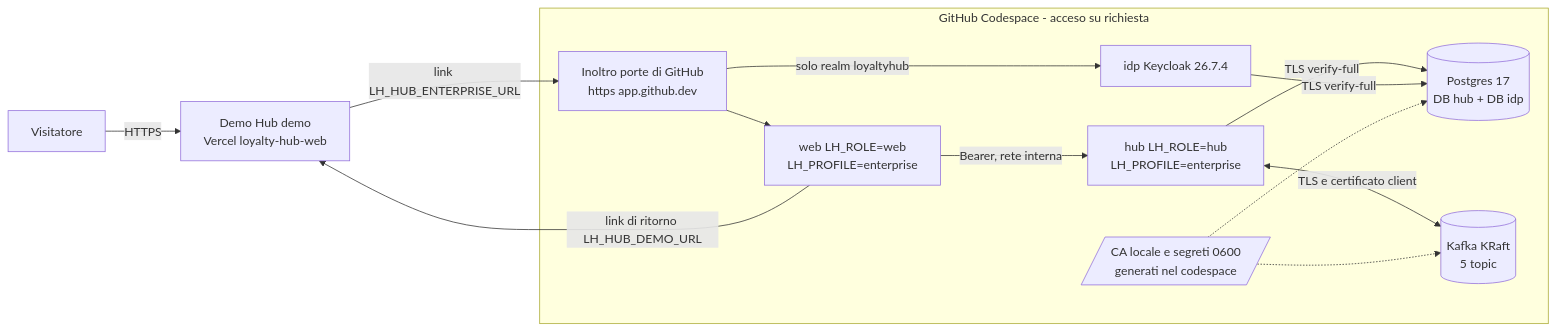
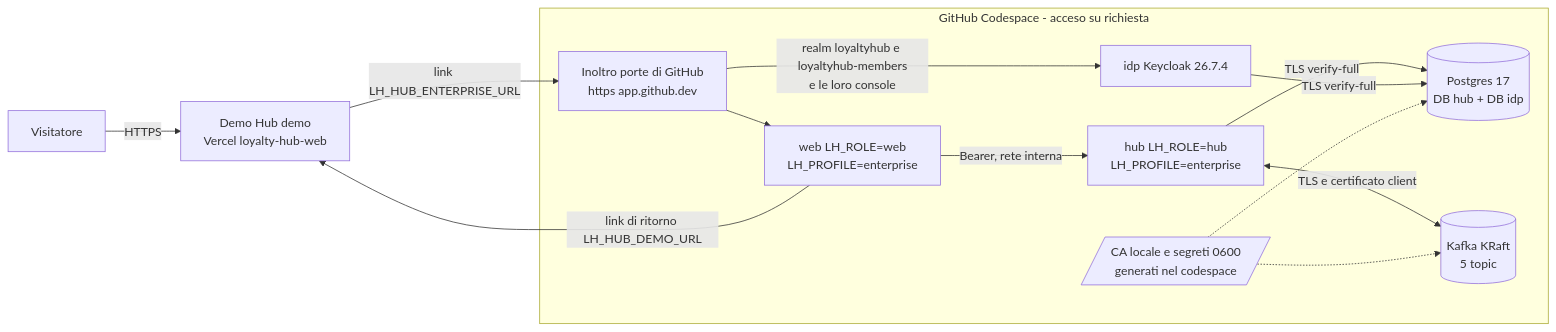
The first of 8 diagrams in concetti/vetrina-enterprise.mdx (peppe-ruv/Loyalty_Sys), drawn with Mermaid before and after one commit. The commit also changed other lines of this file and 53 other files, not shown here.

First line of the commit message:
feat(web): vetrina tutta dal browser [HUB-01, HUB-02, F2-DIST-09, ADR-051, Q-670, Q-673, Q-674, docs/18 M8.14 V9] (#210)

````diff
--- a/concetti/vetrina-enterprise.mdx
+++ b/concetti/vetrina-enterprise.mdx
@@ -25,18 +25,18 @@
 ```mermaid
 flowchart LR
   accTitle: Vetrina enterprise ospitata
-  accDescr: Il Demo Hub su Vercel collega la vetrina enterprise, che gira in un GitHub Codespace acceso su richiesta. Solo l'inoltro delle porte di GitHub è esposto, in https; porta al web e al solo realm di Keycloak. Hub e Keycloak parlano con Postgres in TLS verificato e l'hub con Kafka in TLS con certificato del client, firmati da una CA locale generata nel codespace.
+  accDescr: Il Demo Hub su Vercel collega la vetrina enterprise, che gira in un GitHub Codespace acceso su richiesta. Solo l'inoltro delle porte di GitHub è esposto, in https; porta al web e ai due realm di Keycloak con le loro console, mai al realm master. Hub e Keycloak parlano con Postgres in TLS verificato e l'hub con Kafka in TLS con certificato del client, firmati da una CA locale generata nel codespace.
   V[Visitatore] -->|HTTPS| DH[Demo Hub demo<br/>Vercel loyalty-hub-web]
   DH -->|link LH_HUB_ENTERPRISE_URL| RP
   subgraph VM[GitHub Codespace - acceso su richiesta]
     RP[Inoltro porte di GitHub<br/>https app.github.dev] --> W[web LH_ROLE=web<br/>LH_PROFILE=enterprise]
-    RP -->|solo realm loyaltyhub| K[idp Keycloak 26.7.4]
+    RP -->|realm loyaltyhub e loyaltyhub-members<br/>e le loro console| K[idp Keycloak 26.7.4]
     W -->|Bearer, rete interna| H[hub LH_ROLE=hub<br/>LH_PROFILE=enterprise]
     H -->|TLS verify-full| PG[(Postgres 17<br/>DB hub + DB idp)]
     K -->|TLS verify-full| PG
     H <-->|TLS e certificato client| KF[(Kafka KRaft<br/>5 topic)]
     CA[/CA locale e segreti 0600<br/>generati nel codespace/] -.-> PG
     CA -.-> KF
   end
   W -->|link di ritorno LH_HUB_DEMO_URL| DH
 ```
````
